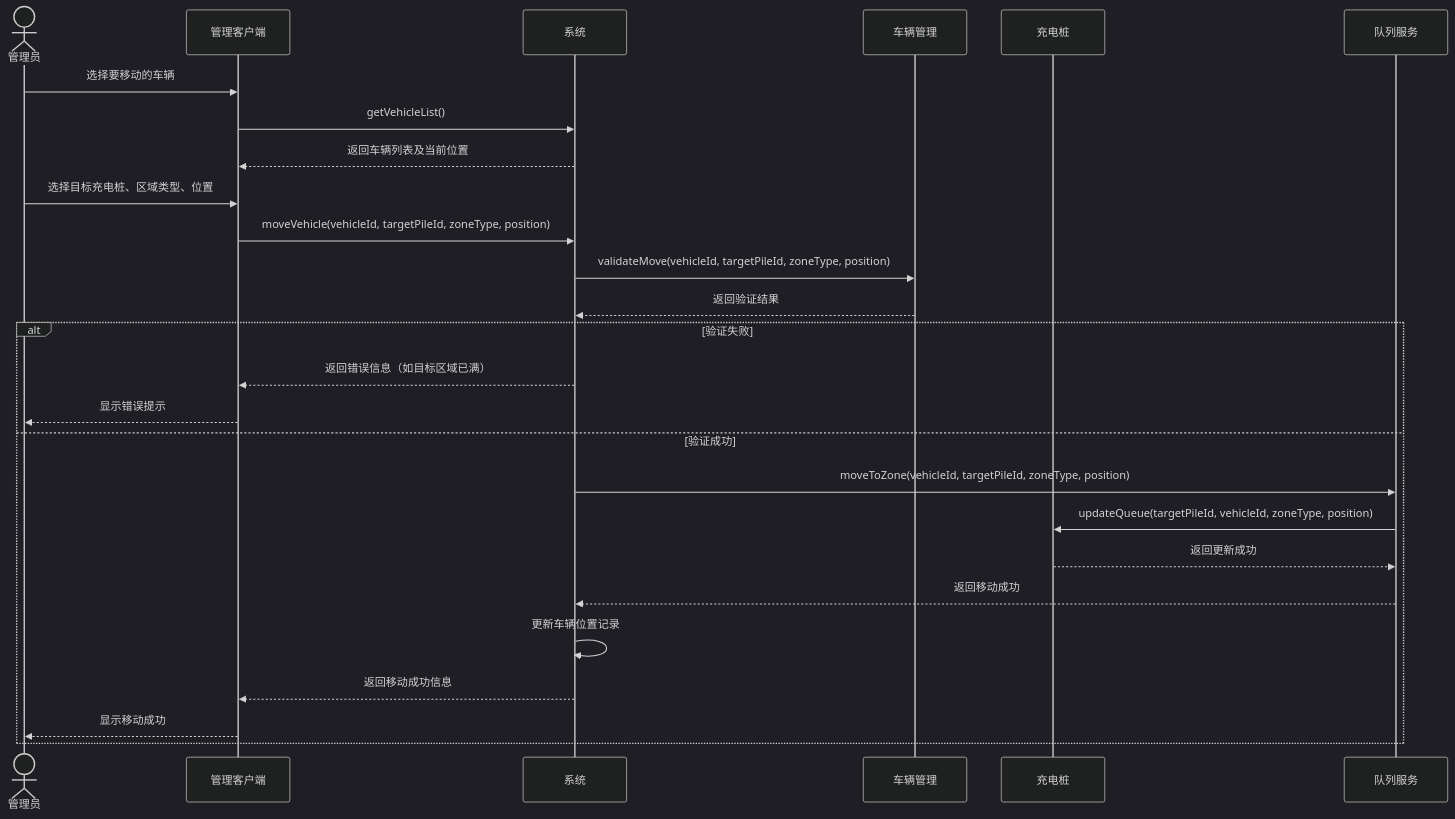
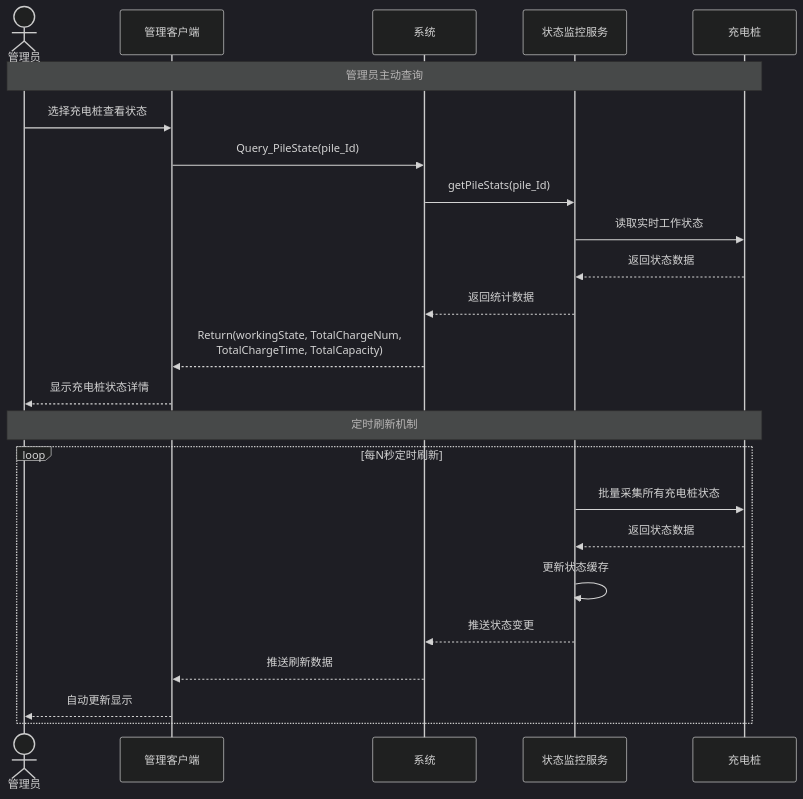
Before and after one commit to DuHaoyang626/charge-system: the tenth of 19 diagrams in docs/用例模型.md, drawn with Mermaid (dark theme). The commit also changed other lines of this file and 4 other files, not shown here.

````diff
--- a/docs/用例模型.md
+++ b/docs/用例模型.md
@@ -217,33 +465,32 @@
 ```mermaid
 sequenceDiagram
     actor Admin as 管理员
     participant AdminClient as 管理客户端
     participant System as 系统
-    participant Vehicle as 车辆管理
+    participant Monitor as 状态监控服务
     participant Pile as 充电桩
-    participant Queue as 队列服务
     
-    Admin->>AdminClient: 选择要移动的车辆
-    AdminClient->>System: getVehicleList()
-    System-->>AdminClient: 返回车辆列表及当前位置
+    Note over Admin,Pile: 管理员主动查询
     
-    Admin->>AdminClient: 选择目标充电桩、区域类型、位置
-    AdminClient->>System: moveVehicle(vehicleId, targetPileId, zoneType, position)
+    Admin->>AdminClient: 选择充电桩查看状态
+    AdminClient->>System: Query_PileState(pile_Id)
     
-    System->>Vehicle: validateMove(vehicleId, targetPileId, zoneType, position)
-    Vehicle-->>System: 返回验证结果
+    System->>Monitor: getPileStats(pile_Id)
+    Monitor->>Pile: 读取实时工作状态
+    Pile-->>Monitor: 返回状态数据
+    Monitor-->>System: 返回统计数据
     
-    alt 验证失败
-        System-->>AdminClient: 返回错误信息（如目标区域已满）
-        AdminClient-->>Admin: 显示错误提示
-    else 验证成功
-        System->>Queue: moveToZone(vehicleId, targetPileId, zoneType, position)
-        Queue->>Pile: updateQueue(targetPileId, vehicleId, zoneType, position)
-        Pile-->>Queue: 返回更新成功
-        Queue-->>System: 返回移动成功
-        
-        System->>System: 更新车辆位置记录
-        System-->>AdminClient: 返回移动成功信息
-        AdminClient-->>Admin: 显示移动成功
+    System-->>AdminClient: Return(workingState, TotalChargeNum,<br/>TotalChargeTime, TotalCapacity)
+    AdminClient-->>Admin: 显示充电桩状态详情
+    
+    Note over Admin,Pile: 定时刷新机制
+    
+    loop 每N秒定时刷新
+        Monitor->>Pile: 批量采集所有充电桩状态
+        Pile-->>Monitor: 返回状态数据
+        Monitor->>Monitor: 更新状态缓存
+        Monitor-->>System: 推送状态变更
+        System-->>AdminClient: 推送刷新数据
+        AdminClient-->>Admin: 自动更新显示
     end
 ```
````
